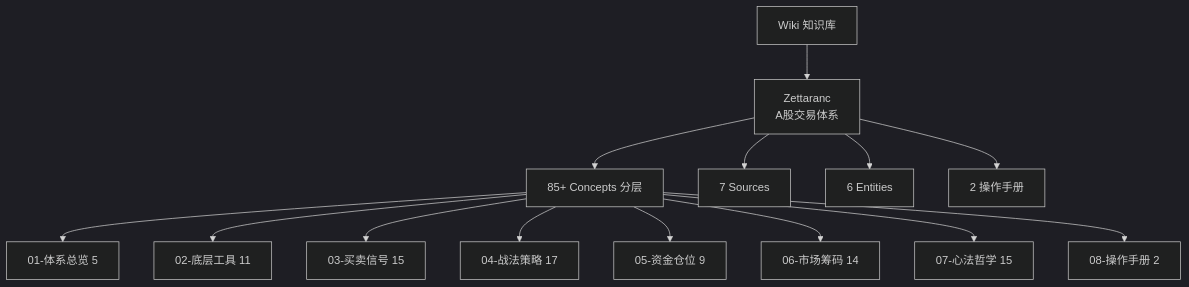
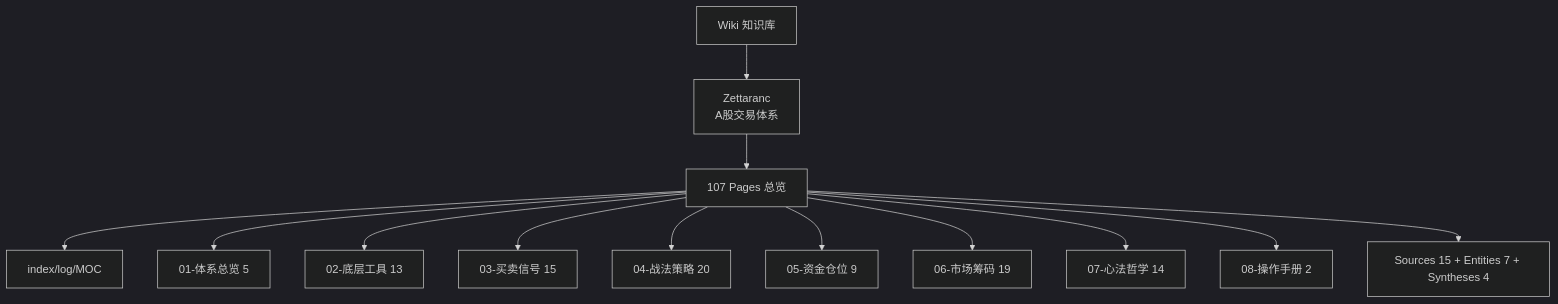
The diagram in wiki/index.md (lululu811/zettaranc-knowledge), drawn with Mermaid (dark theme) before and after one commit. The commit also changed other lines of this file and 154 other files, not shown here.

````diff
--- a/wiki/index.md
+++ b/wiki/index.md
@@ -9,17 +22,16 @@
 ```mermaid
 graph TD
   A[Wiki 知识库] --> B[Zettaranc<br/>A股交易体系]
-  B --> B1[85+ Concepts 分层]
-  B --> B2[7 Sources]
-  B --> B3[6 Entities]
-  B --> B4[2 操作手册]
+  B --> B1[107 Pages 总览]
 
+  B1 --> C0[index/log/MOC]
   B1 --> C1[01-体系总览 5]
-  B1 --> C2[02-底层工具 11]
+  B1 --> C2[02-底层工具 13]
   B1 --> C3[03-买卖信号 15]
-  B1 --> C4[04-战法策略 17]
+  B1 --> C4[04-战法策略 20]
   B1 --> C5[05-资金仓位 9]
-  B1 --> C6[06-市场筹码 14]
-  B1 --> C7[07-心法哲学 15]
+  B1 --> C6[06-市场筹码 19]
+  B1 --> C7[07-心法哲学 14]
   B1 --> C8[08-操作手册 2]
+  B1 --> D[Sources 15 + Entities 7 + Syntheses 4]
 ```
````
